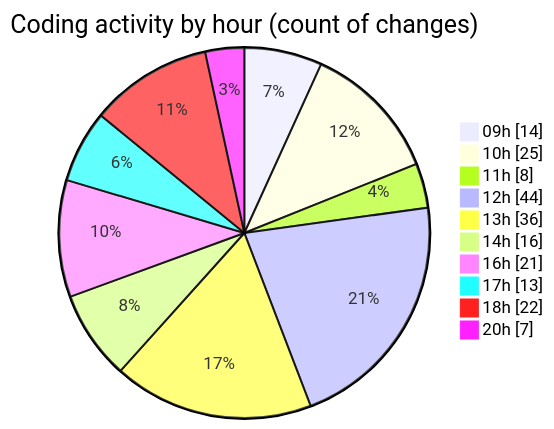
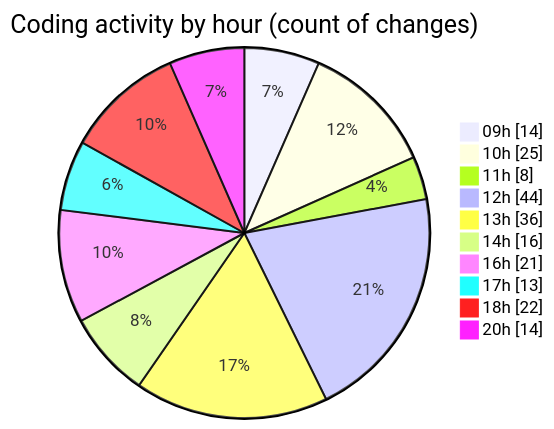
One commit to momahboobian/code-tracking changed the second of 2 diagrams in 2025-06-03/cda/README.md. Above: the diagram before and after it, drawn with Mermaid. The commit also changed other lines of this file and 1 other file, not shown here.

````diff
--- a/2025-06-03/cda/README.md
+++ b/2025-06-03/cda/README.md
@@ -38,14 +38,14 @@
 ```mermaid
 pie showData
 title Coding activity by hour (count of changes)
 "09h" : 14
 "10h" : 25
 "11h" : 8
 "12h" : 44
 "13h" : 36
 "14h" : 16
 "16h" : 21
 "17h" : 13
 "18h" : 22
-"20h" : 7
+"20h" : 14
 ```
````
